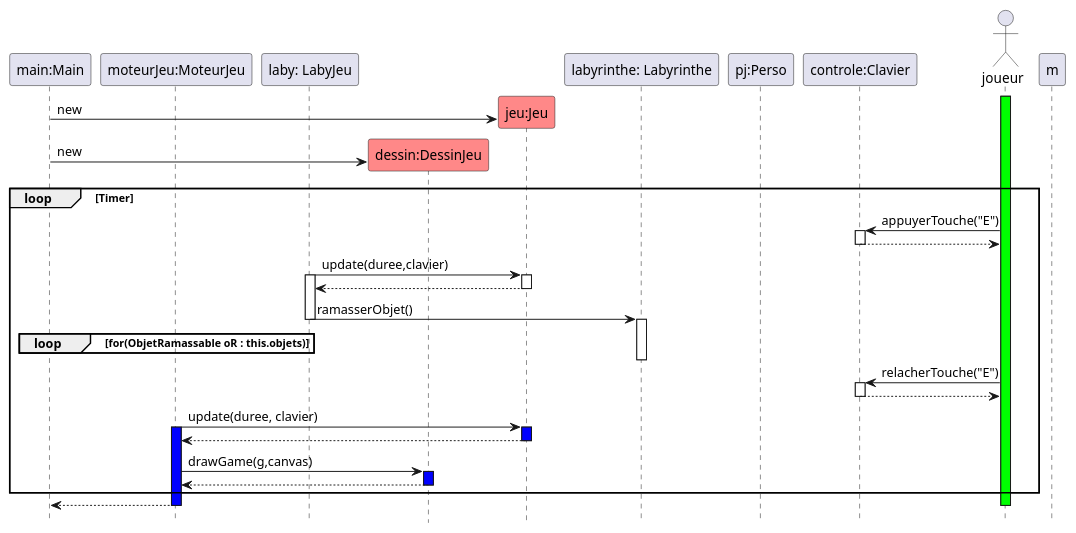
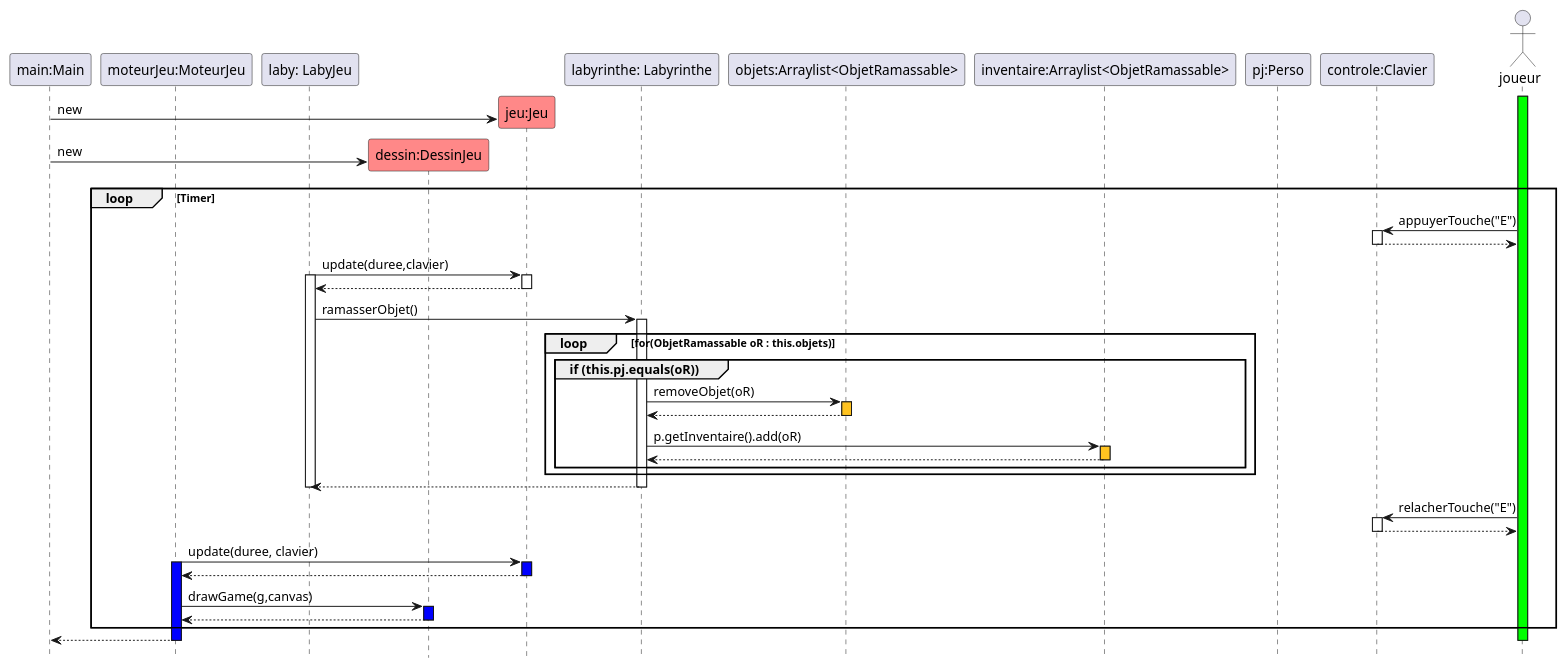
The diagram in documents/version_3/DiagSeq_Inventaire.puml (OoNeal/2022_zeldiablo_rionde8u_povoas1u_melchior25u_arnaud35u), drawn with PlantUML before and after one commit.

Commit message:
Finalisation DiagSeq_Inventaire.puml

```diff
--- a/documents/version_3/DiagSeq_Inventaire.puml
+++ b/documents/version_3/DiagSeq_Inventaire.puml
@@ -1,72 +1,83 @@
 @startuml
 hide footbox
 
 participant "main:Main" as main
 participant "moteurJeu:MoteurJeu" as moteurJeu
 participant "laby: LabyJeu" as l
 participant "dessin:DessinJeu" as r #FF8888
 participant "jeu:Jeu" as game #FF8888
 participant "labyrinthe: Labyrinthe" as lab
+participant "objets:Arraylist<ObjetRamassable>" as o
+participant "inventaire:Arraylist<ObjetRamassable>" as i
 participant "pj:Perso" as p
 participant "controle:Clavier" as c
 actor "joueur" as j
 
 activate j #00FF00
 
 create game
 main-> game : new
 create r
 main-> r :new
 
 loop Timer
 j -> c : appuyerTouche("E")
 activate c
 c --> j
 deactivate c
 
 
 l -> game : update(duree,clavier)
 activate l
 activate game
 game --> l
 deactivate game
 
 l -> lab : ramasserObjet()
-deactivate l
 activate lab
 loop for(ObjetRamassable oR : this.objets)
+group if (this.pj.equals(oR))
+lab -> o : removeObjet(oR)
+activate o #ffc320
+lab <-- o
+deactivate o
+lab -> i : p.getInventaire().add(oR)
+activate i #ffc320
+lab <-- i
+deactivate i
+end group
+end loop
+l <-- lab
+deactivate l
+deactivate lab
 
-end
-
-deactivate lab
 
 
 j -> c : relacherTouche("E")
 activate c
 c --> j
 deactivate c
 
 
 moteurJeu -> game : update(duree, clavier)
 activate moteurJeu #0000FF
 activate game #0000FF
 
 moteurJeu <-- game
 deactivate game
 
 moteurJeu -> r : drawGame(g,canvas)
 activate r #0000FF
 
 moteurJeu <-- r
 deactivate r
 
 end
 
 main<-- moteurJeu
 deactivate moteurJeu
 deactivate c
 deactivate l
-deactivate m
 deactivate j
 
 @enduml
```
